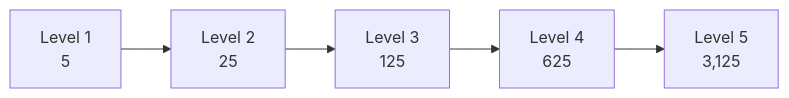
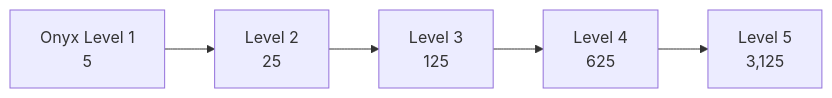
Before and after one commit to aqua-lifestyle/aqua-lifestyle: the sixth of 9 diagrams in docs/aqua-system/02-business-rules-and-workflows.md, drawn with Mermaid. The commit also changed other lines of this file and 13 other files, not shown here.

````diff
--- a/docs/aqua-system/02-business-rules-and-workflows.md
+++ b/docs/aqua-system/02-business-rules-and-workflows.md
@@ -153,7 +159,7 @@
 ```mermaid
 flowchart LR
-    L1[Level 1<br/>5] --> L2[Level 2<br/>25]
-    L2 --> L3[Level 3<br/>125]
-    L3 --> L4[Level 4<br/>625]
-    L4 --> L5[Level 5<br/>3,125]
+    O1[Onyx Level 1<br/>5] --> O2[Level 2<br/>25]
+    O2 --> O3[Level 3<br/>125]
+    O3 --> O4[Level 4<br/>625]
+    O4 --> O5[Level 5<br/>3,125]
 ```
````
